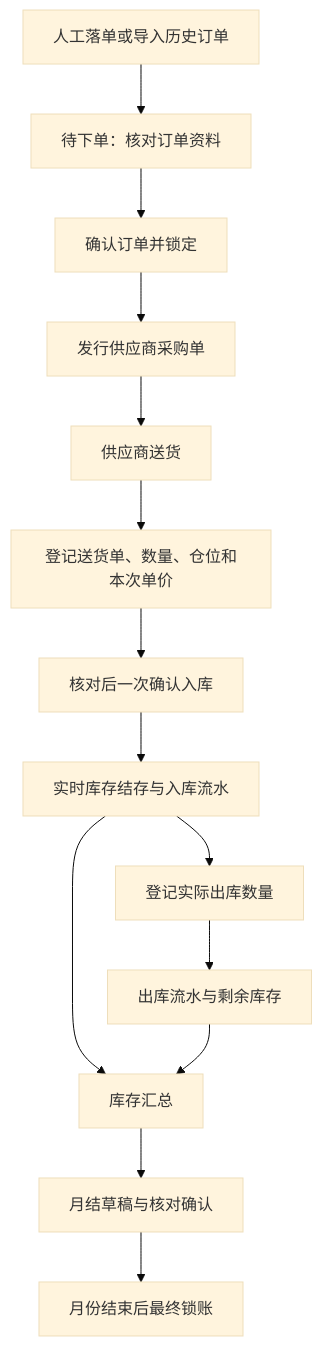
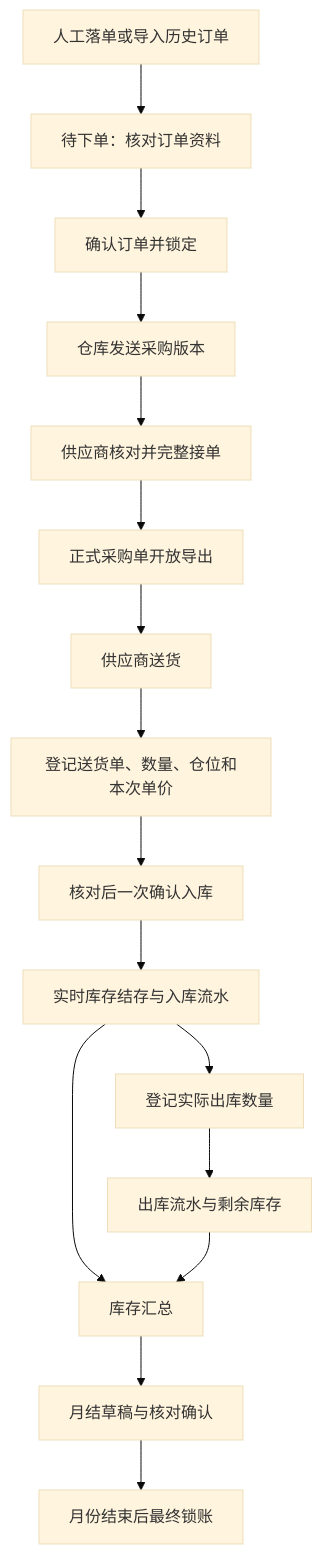
The diagram in docs/business/纸箱模块业务逻辑说明书.md (13829313399-a11y/Royal-Regent-Nexus), drawn with Mermaid (base theme) before and after one commit. The commit also changed other lines of this file and 93 other files, not shown here.

````diff
--- a/docs/business/纸箱模块业务逻辑说明书.md
+++ b/docs/business/纸箱模块业务逻辑说明书.md
@@ -76,16 +76,18 @@
 ```mermaid
 flowchart TD
     A[人工落单或导入历史订单] --> B[待下单：核对订单资料]
     B --> C[确认订单并锁定]
-    C --> D[发行供应商采购单]
-    D --> E[供应商送货]
+    C --> D[仓库发送采购版本]
+    D --> D1[供应商核对并完整接单]
+    D1 --> D2[正式采购单开放导出]
+    D2 --> E[供应商送货]
     E --> F[登记送货单、数量、仓位和本次单价]
     F --> H[核对后一次确认入库]
     H --> I[实时库存结存与入库流水]
     I --> J[登记实际出库数量]
     J --> K[出库流水与剩余库存]
     I --> L[库存汇总]
     K --> L
     L --> M[月结草稿与核对确认]
     M --> N[月份结束后最终锁账]
 ```
````
